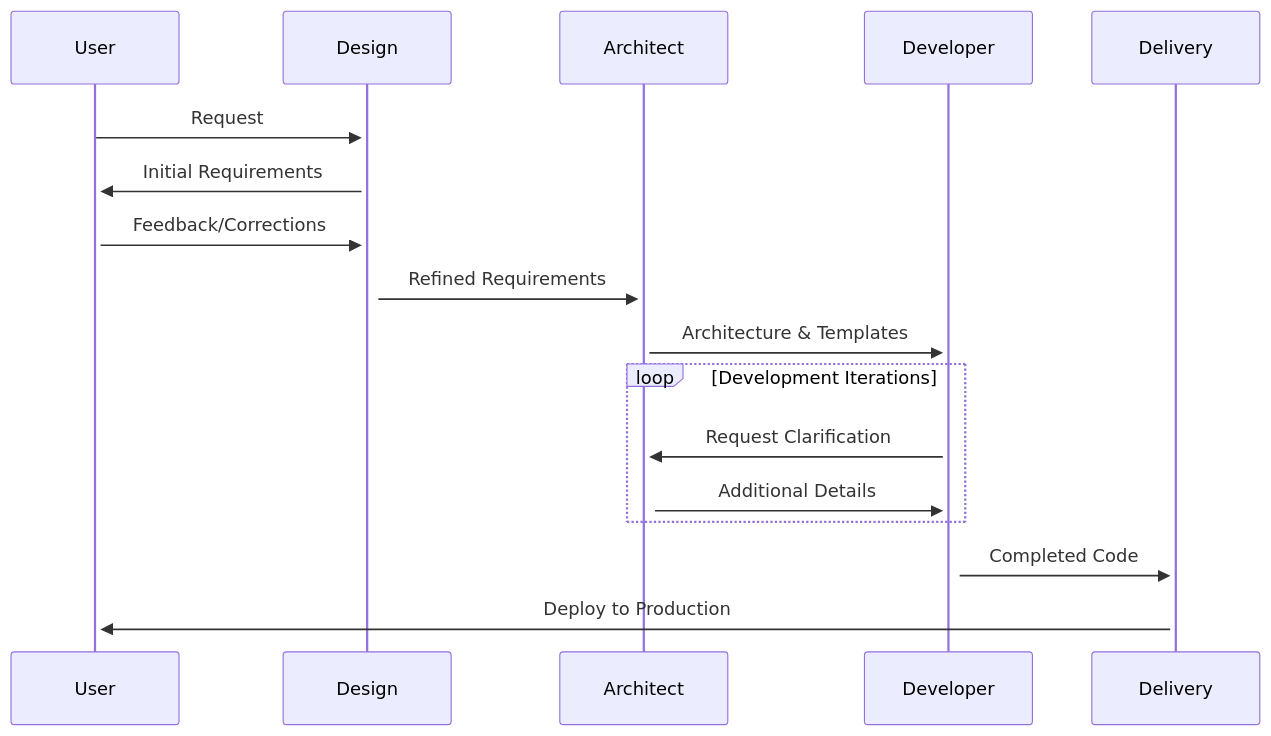
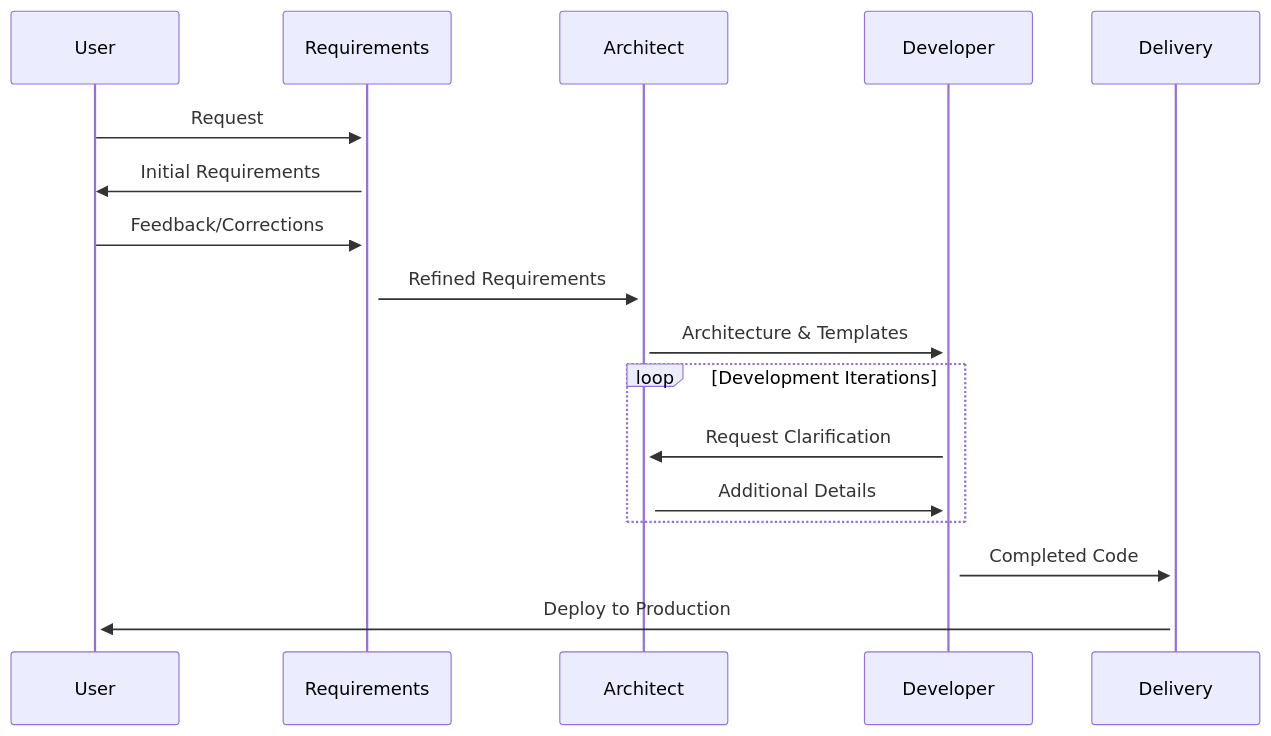
The third of 4 diagrams in README.md (Significant-Gravitas/AutoGPT-Code-Ability), drawn with Mermaid before and after one commit. The commit also changed other lines of this file, not shown here.

Commit message:
Add user interaction flow diagram

````diff
--- a/README.md
+++ b/README.md
@@ -89,20 +132,20 @@
 ```mermaid
 sequenceDiagram
     participant User
-    participant Design
+    participant Requirements
     participant Architect
     participant Developer
     participant Delivery
 
-    User->>+Design: Request
-    Design->>+User: Initial Requirements
-    User->>+Design: Feedback/Corrections
-    Design->>+Architect: Refined Requirements
+    User->>+Requirements: Request
+    Requirements->>User: Initial Requirements
+    User->>+Requirements: Feedback/Corrections
+    Requirements->>+Architect: Refined Requirements
     Architect->>+Developer: Architecture & Templates
     loop Development Iterations
         Developer->>+Architect: Request Clarification
         Architect->>+Developer: Additional Details
     end
     Developer->>+Delivery: Completed Code
     Delivery->>+User: Deploy to Production
 ```
````
